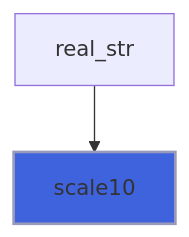
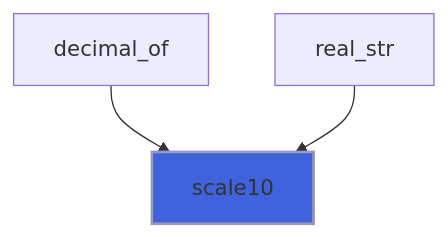
One commit to szaghi/foresight changed diagram 12 of 16 in docs/api/src/lib/foresight_format.md. Above: the diagram before and after it, drawn with Mermaid. The commit also changed other lines of this file and 42 other files, not shown here.

````diff
--- a/docs/api/src/lib/foresight_format.md
+++ b/docs/api/src/lib/foresight_format.md
@@ -208,5 +408,6 @@
 ```mermaid
 flowchart TD
+  decimal_of["decimal_of"] --> scale10["scale10"]
   real_str["real_str"] --> scale10["scale10"]
   style scale10 fill:#3e63dd,stroke:#99b,stroke-width:2px
 ```
````
